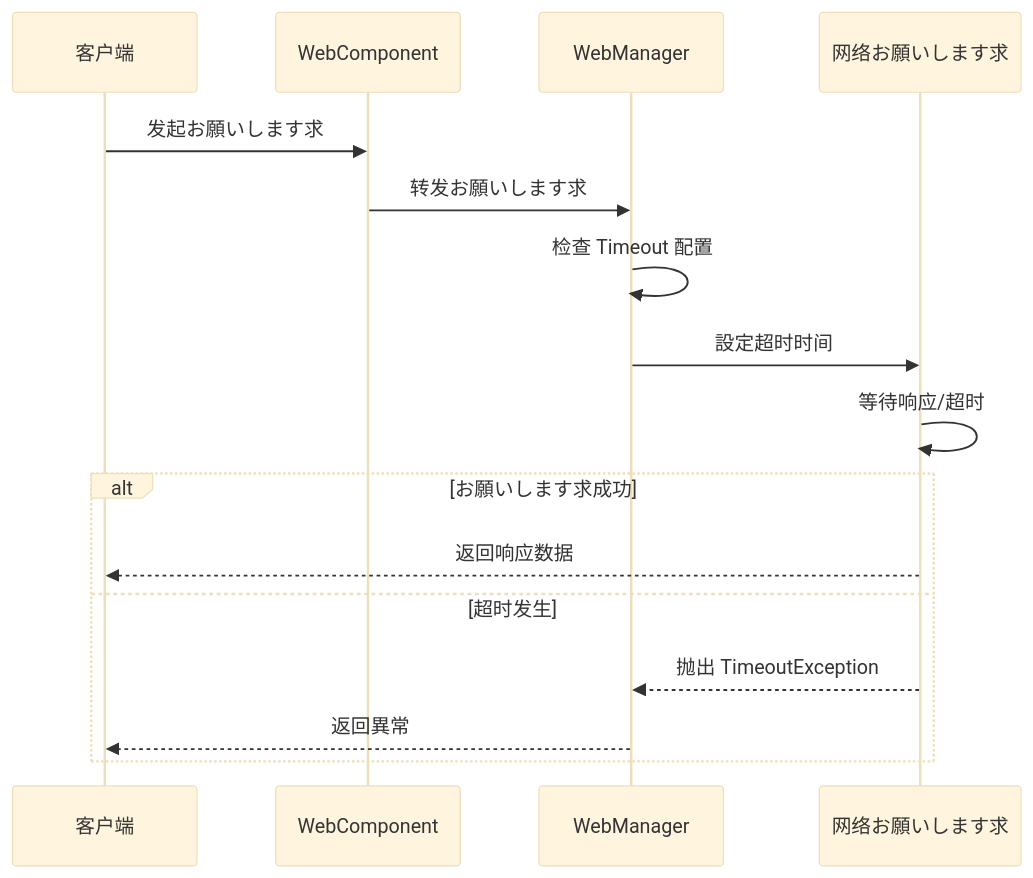
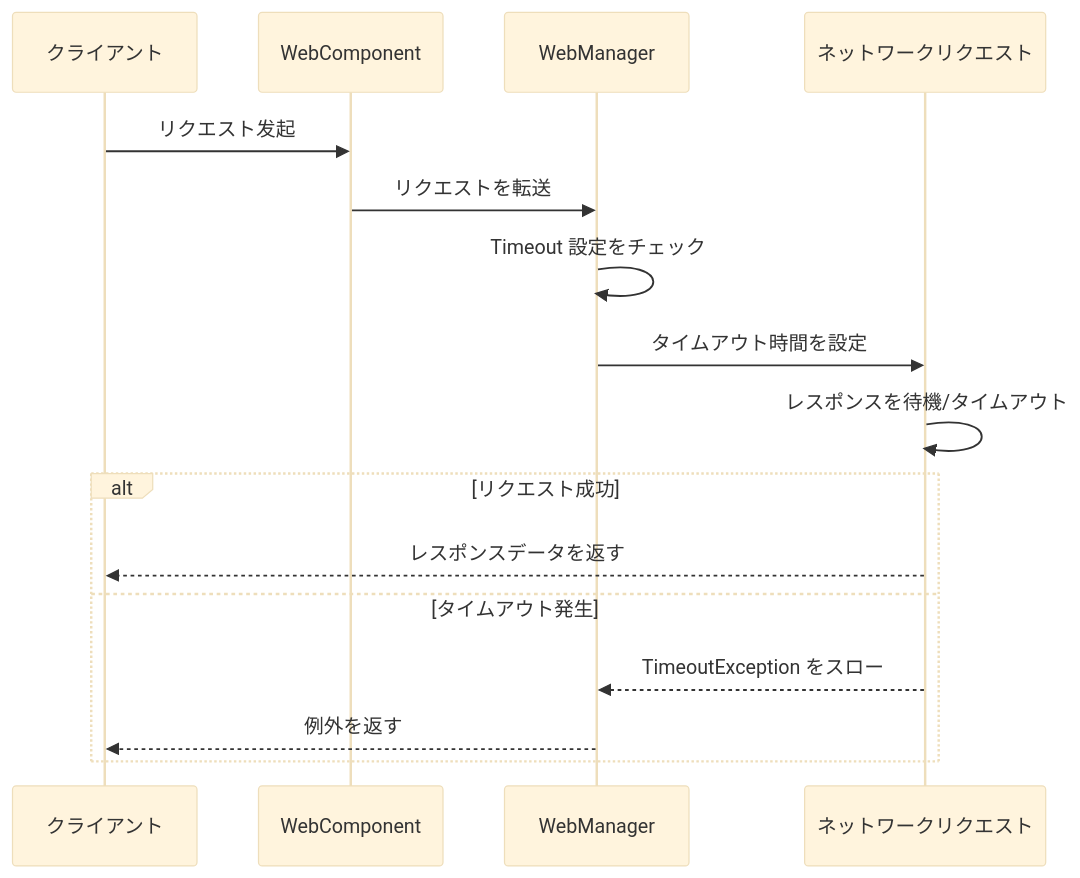
The second of 3 diagrams in docs/ja/client/unity/component/web/10.timeout-settings.md (AlianBlank/GameFrameX.Docs), drawn with Mermaid (base theme) before and after one commit. The commit also changed other lines of this file and 320 other files, not shown here.

````diff
--- a/docs/ja/client/unity/component/web/10.timeout-settings.md
+++ b/docs/ja/client/unity/component/web/10.timeout-settings.md
@@ -140,20 +140,20 @@
 ```mermaid
 sequenceDiagram
-    participant Client as 客户端
+    participant Client as クライアント
     participant WebComp as WebComponent
     participant WebMgr as WebManager
-    participant Request as 网络お願いします求
+    participant Request as ネットワークリクエスト
 
-    Client->>WebComp: 发起お願いします求
-    WebComp->>WebMgr: 转发お願いします求
-    WebMgr->>WebMgr: 检查 Timeout 配置
-    WebMgr->>Request: 設定超时时间
-    Request->>Request: 等待响应/超时
+    Client->>WebComp: リクエスト发起
+    WebComp->>WebMgr: リクエストを転送
+    WebMgr->>WebMgr: Timeout 設定をチェック
+    WebMgr->>Request: タイムアウト時間を設定
+    Request->>Request: レスポンスを待機/タイムアウト
 
-    alt お願いします求成功
-        Request-->>Client: 返回响应数据
-    else 超时发生
-        Request-->>WebMgr: 抛出 TimeoutException
-        WebMgr-->>Client: 返回異常
+    alt リクエスト成功
+        Request-->>Client: レスポンスデータを返す
+    else タイムアウト発生
+        Request-->>WebMgr: TimeoutException をスロー
+        WebMgr-->>Client: 例外を返す
     end
 ```
````
